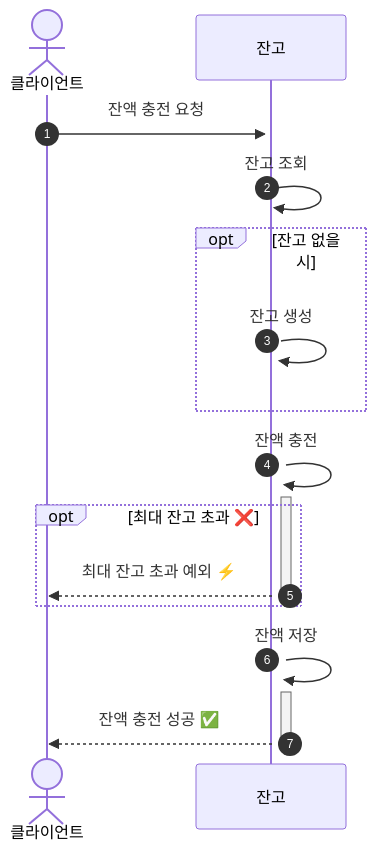
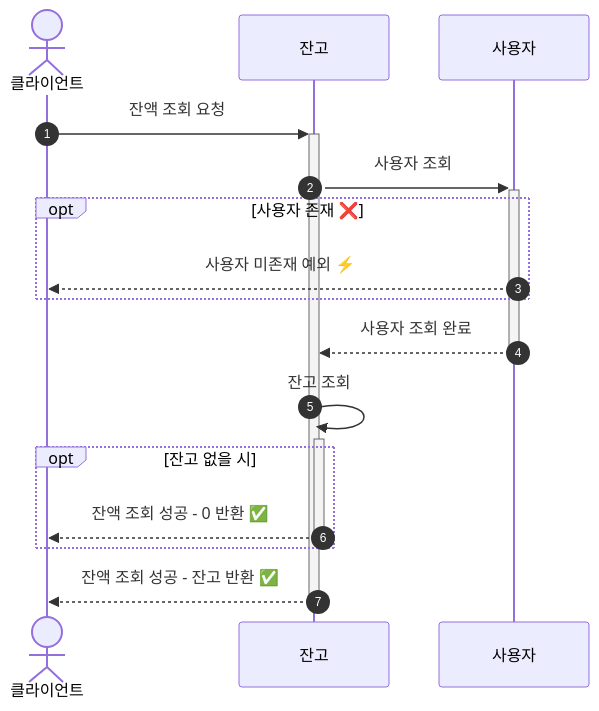
One commit to discphy/hhplus-e-commerce changed the first of 7 diagrams in docs/architecture/03.SequenceDiagram.md. Above: the diagram before and after it, drawn with Mermaid. The commit also changed other lines of this file, not shown here.

Commit message:
[DOCS] 시퀀스 다이어그램 수정

````diff
--- a/docs/architecture/03.SequenceDiagram.md
+++ b/docs/architecture/03.SequenceDiagram.md
@@ -25,21 +33,22 @@
 ```mermaid
 sequenceDiagram
     autonumber
     actor 클라이언트
     participant 잔고
-    클라이언트 ->>+ 잔고: 잔액 충전 요청
+    participant 사용자
+    클라이언트 ->>+ 잔고: 잔액 조회 요청
+    잔고 ->>+ 사용자: 사용자 조회
+
+    opt 사용자 존재 ❌
+        사용자 -->> 클라이언트: 사용자 미존재 예외 ⚡️
+    end
+
+    사용자 -->>- 잔고: 사용자 조회 완료
     잔고 ->>+ 잔고: 잔고 조회
 
     opt 잔고 없을 시
-        잔고 ->>+ 잔고: 잔고 생성
+        잔고 -->>- 클라이언트: 잔액 조회 성공 - 0 반환 ✅
     end
 
-    잔고 ->>+ 잔고: 잔액 충전
-
-    opt 최대 잔고 초과 ❌
-        잔고 -->>- 클라이언트: 최대 잔고 초과 예외 ⚡️
-    end
-
-    잔고 ->>+ 잔고: 잔액 저장
-    잔고 -->>- 클라이언트: 잔액 충전 성공 ✅ 
+    잔고 -->>- 클라이언트: 잔액 조회 성공 - 잔고 반환 ✅
 ```
````
